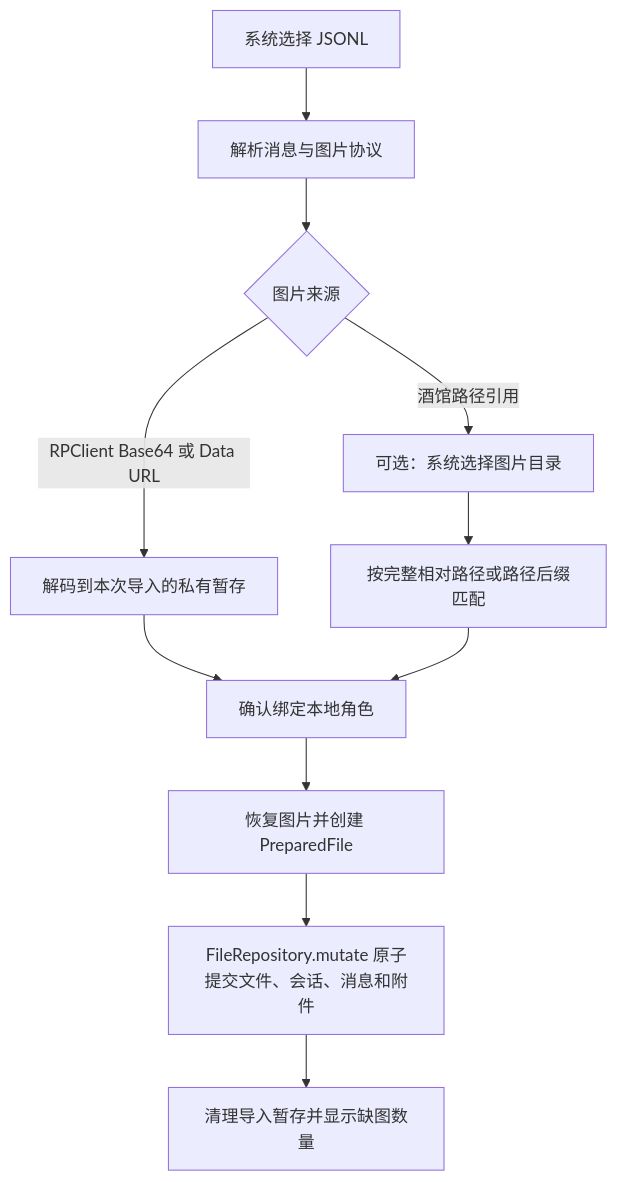
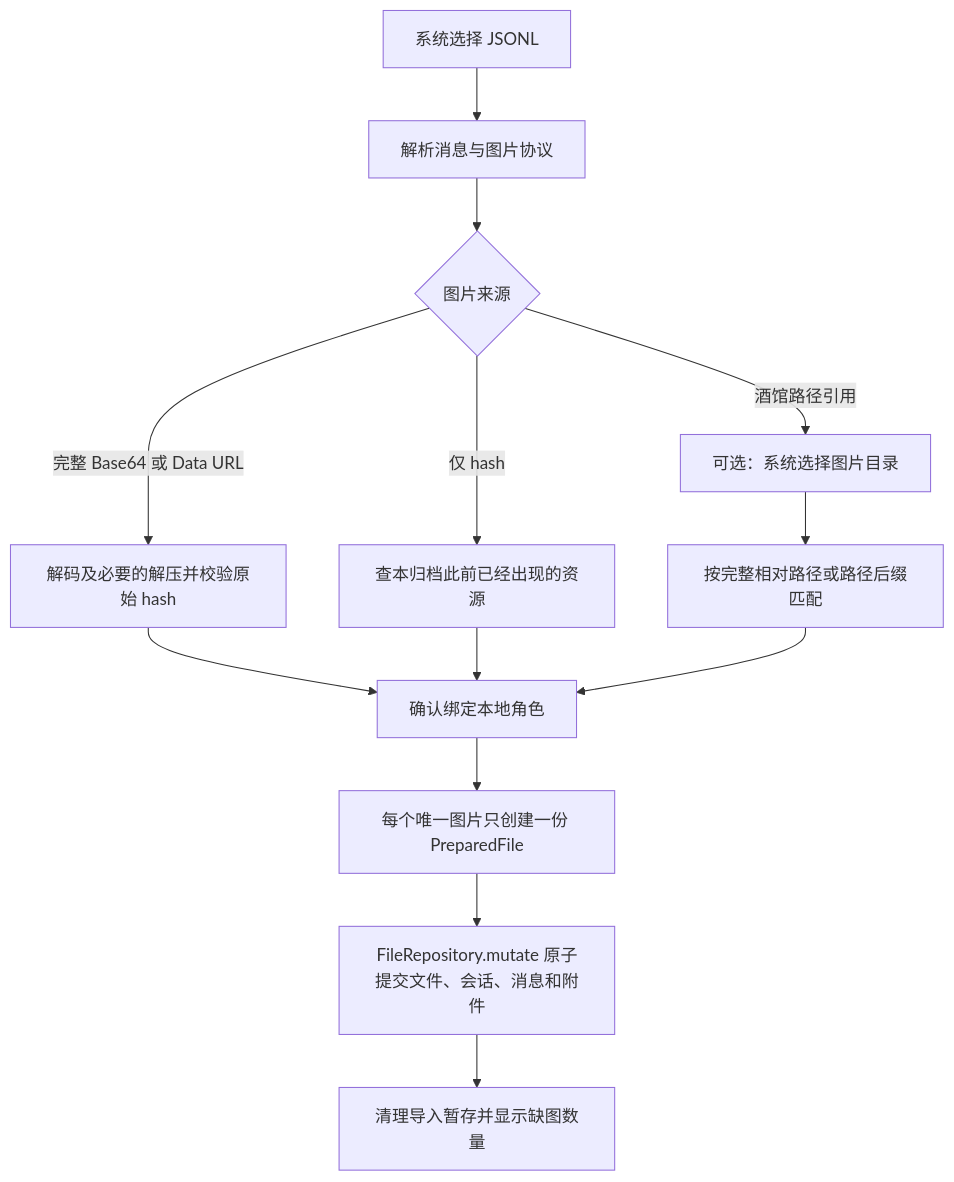
Before and after one commit to ChaoEcho/RPClient: the third of 3 diagrams in doc/图片发送功能实现与维护指南.md, drawn with Mermaid. The commit also changed other lines of this file and 10 other files, not shown here.

First line of the commit message:
feat: 优化聊天图片归档压缩与 hash 去重

````diff
--- a/doc/图片发送功能实现与维护指南.md
+++ b/doc/图片发送功能实现与维护指南.md
@@ -498,13 +518,15 @@
 ```mermaid
 flowchart TD
     A[系统选择 JSONL] --> B[解析消息与图片协议]
     B --> C{图片来源}
-    C -->|RPClient Base64 或 Data URL| D[解码到本次导入的私有暂存]
+    C -->|完整 Base64 或 Data URL| D[解码及必要的解压并校验原始 hash]
+    C -->|仅 hash| K[查本归档此前已经出现的资源]
     C -->|酒馆路径引用| E[可选：系统选择图片目录]
     E --> F[按完整相对路径或路径后缀匹配]
     D --> G[确认绑定本地角色]
+    K --> G
     F --> G
-    G --> H[恢复图片并创建 PreparedFile]
+    G --> H[每个唯一图片只创建一份 PreparedFile]
     H --> I[FileRepository.mutate 原子提交文件、会话、消息和附件]
     I --> J[清理导入暂存并显示缺图数量]
 ```
````
